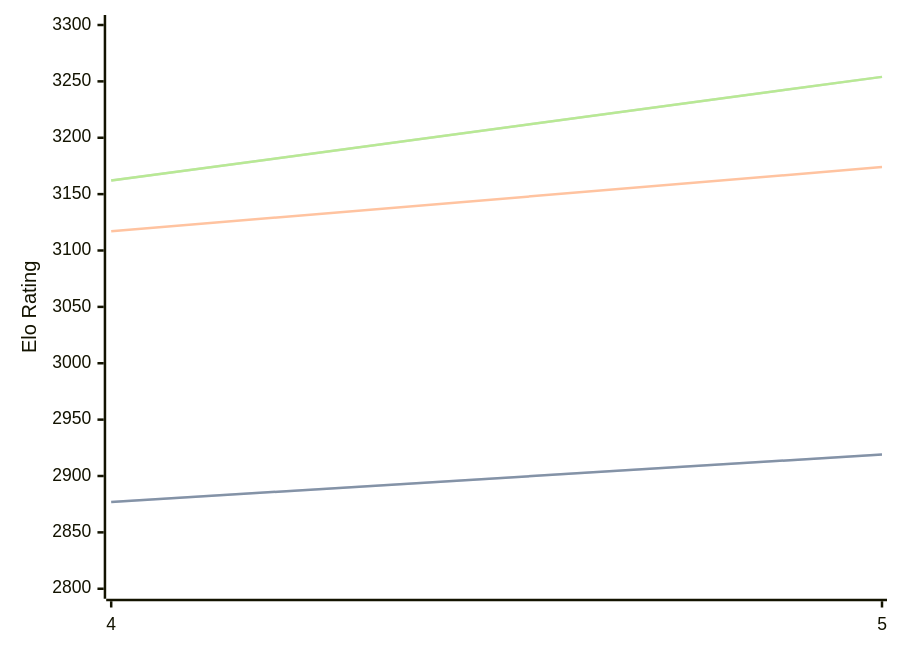
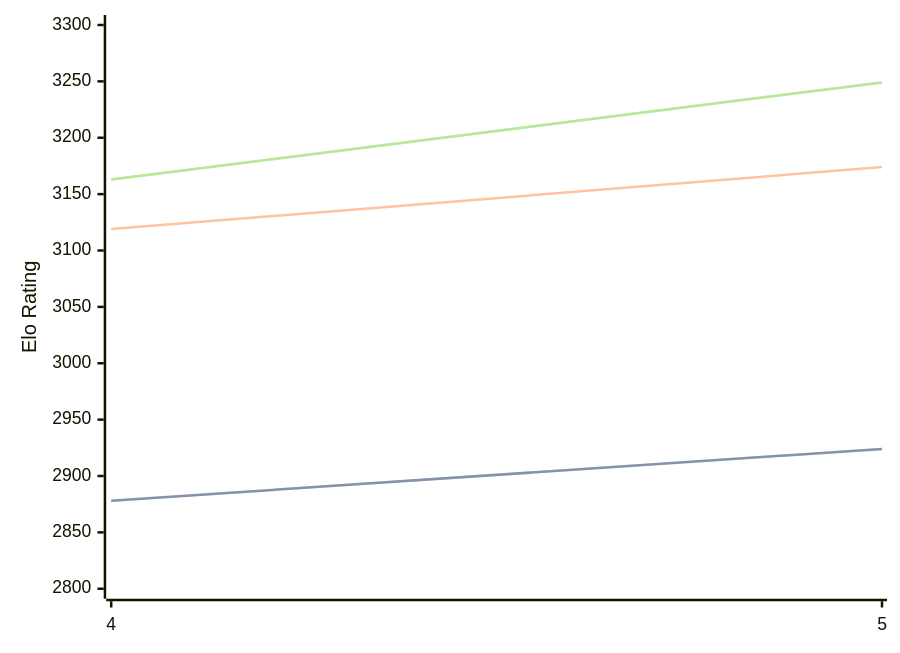
The diagram in engines/Cwtch.md (computer-chess-index/cci), drawn with Mermaid before and after one commit. The commit also changed other lines of this file, not shown here.

Commit message:
Update CCI Ratings (ELO VLTC) - 2026-04-13

````diff
--- a/engines/Cwtch.md
+++ b/engines/Cwtch.md
@@ -34,11 +34,11 @@
 ```mermaid
 %%{init: {"theme":"base","themeVariables":{"seriesColors:['#a3a3a3','#222221','#faa371']}}}%%
 xychart-beta
   x-axis ["4", "5"]
   y-axis "Elo Rating" 2800 --> 3300
-  line "STC (8.0+0.08s)" [2877, 2919]
-  line "STC (8.0+0.08s)" [2877, 2919]
-  line "LTC (60.0+0.60s)" [3117, 3174]
-  line "VLTC (2m24s+1.12s)" [3162, 3254]
-  line "VLTC (2m24s+1.12s)" [3162, 3254]
+  line "STC (8.0+0.08s)" [2878, 2924]
+  line "STC (8.0+0.08s)" [2878, 2924]
+  line "LTC (60.0+0.60s)" [3119, 3174]
+  line "VLTC (2m24s+1.12s)" [3163, 3249]
+  line "VLTC (2m24s+1.12s)" [3163, 3249]
 ```
````
